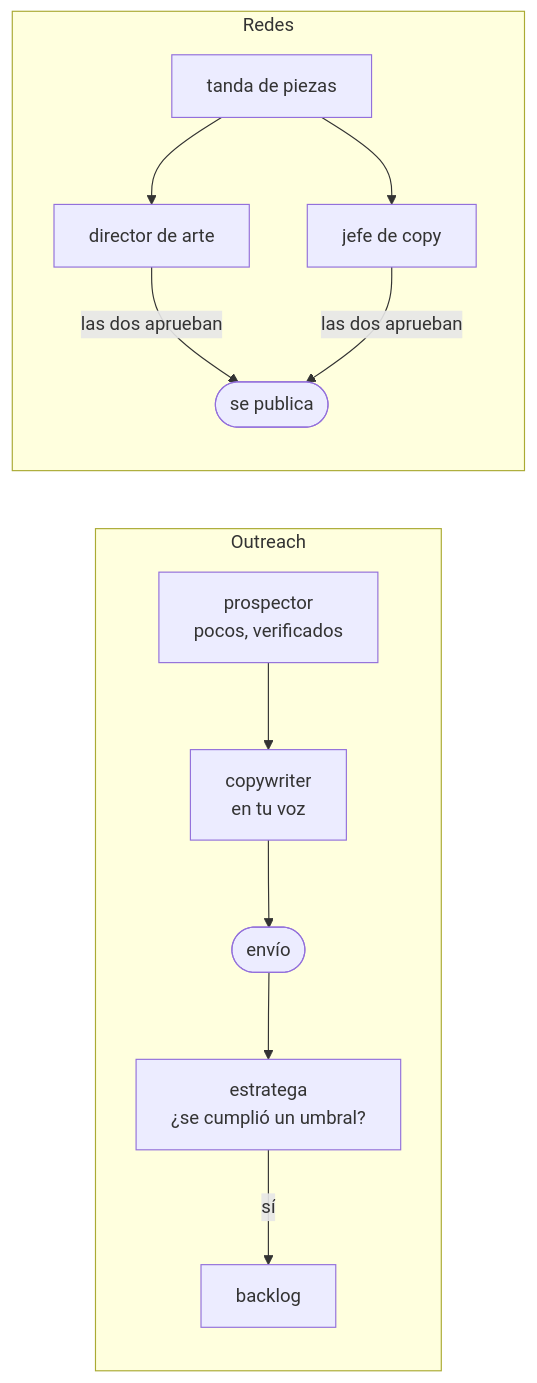
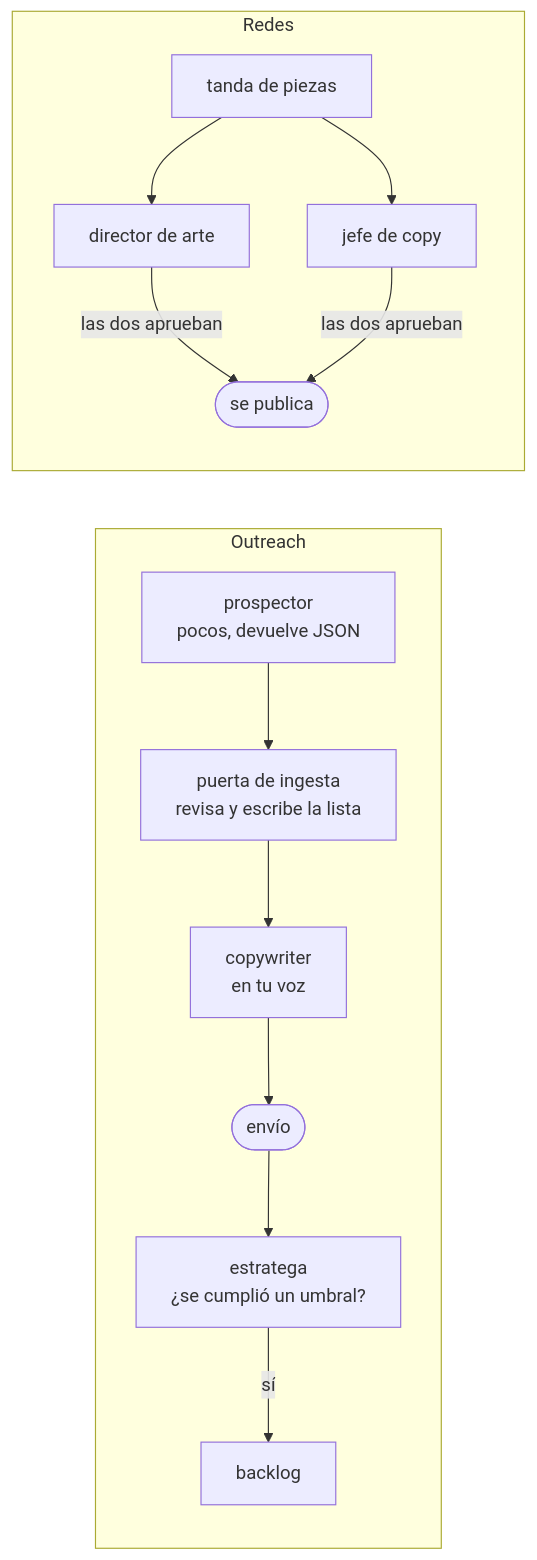
Before and after one commit to Clagoss/phronesis-v2: the sixth of 6 diagrams in organigrama/README.md, drawn with Mermaid. The commit also changed other lines of this file and 19 other files, not shown here.

````diff
--- a/organigrama/README.md
+++ b/organigrama/README.md
@@ -179,11 +179,11 @@
 ```mermaid
 flowchart LR
     subgraph Outreach
-        PR["prospector<br/>pocos, verificados"] --> CO["copywriter<br/>en tu voz"] --> ENV(["envío"]) --> ES["estratega<br/>¿se cumplió un umbral?"]
+        PR["prospector<br/>pocos, devuelve JSON"] --> PU["puerta de ingesta<br/>revisa y escribe la lista"] --> CO["copywriter<br/>en tu voz"] --> ENV(["envío"]) --> ES["estratega<br/>¿se cumplió un umbral?"]
         ES -->|sí| BK["backlog"]
     end
     subgraph Redes
         TA["tanda de piezas"] --> DA["director de arte"] & JC["jefe de copy"]
         DA & JC -->|las dos aprueban| PUB(["se publica"])
     end
 ```
````
